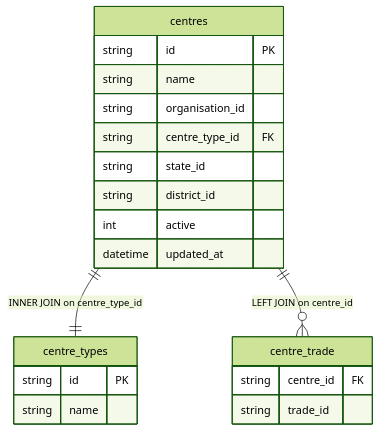
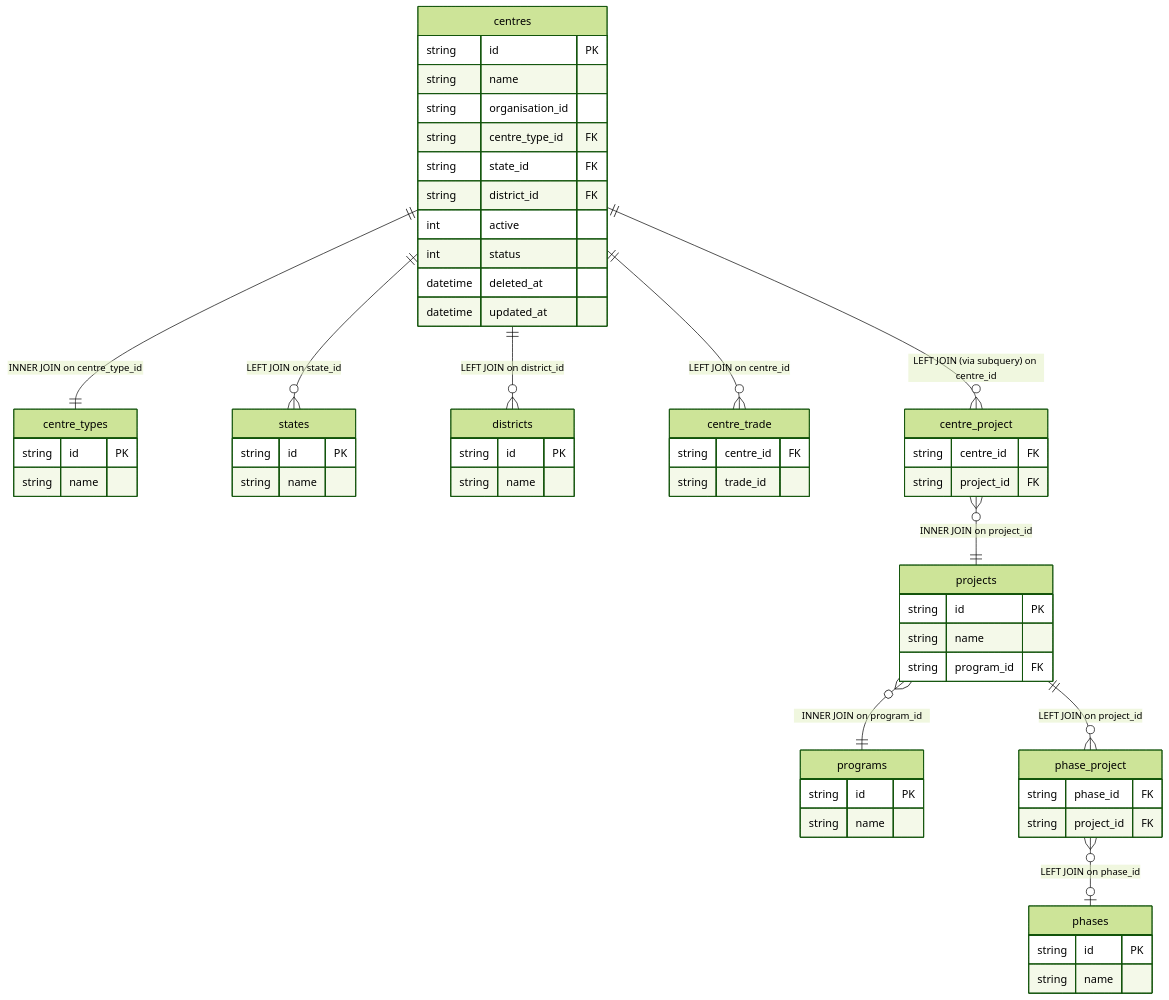
The diagram in docs/dim_centre.md (JosephKennady-Quest/myquest_data_model), drawn with Mermaid (forest theme) before and after one commit. The commit also changed other lines of this file and 9 other files, not shown here.

````diff
--- a/docs/dim_centre.md
+++ b/docs/dim_centre.md
@@ -40,23 +44,61 @@
 ```mermaid
 erDiagram
     centres {
         string id PK
         string name
         string organisation_id
         string centre_type_id FK
-        string state_id
-        string district_id
+        string state_id FK
+        string district_id FK
         int active
+        int status
+        datetime deleted_at
         datetime updated_at
     }
     centre_types {
+        string id PK
+        string name
+    }
+    states {
+        string id PK
+        string name
+    }
+    districts {
         string id PK
         string name
     }
     centre_trade {
         string centre_id FK
         string trade_id
     }
+    centre_project {
+        string centre_id FK
+        string project_id FK
+    }
+    projects {
+        string id PK
+        string name
+        string program_id FK
+    }
+    programs {
+        string id PK
+        string name
+    }
+    phase_project {
+        string phase_id FK
+        string project_id FK
+    }
+    phases {
+        string id PK
+        string name
+    }
     centres ||--|| centre_types : "INNER JOIN on centre_type_id"
+    centres ||--o{ states : "LEFT JOIN on state_id"
+    centres ||--o{ districts : "LEFT JOIN on district_id"
     centres ||--o{ centre_trade : "LEFT JOIN on centre_id"
+    centres ||--o{ centre_project : "LEFT JOIN (via subquery) on centre_id"
+    centre_project }o--|| projects : "INNER JOIN on project_id"
+    projects }o--|| programs : "INNER JOIN on program_id"
+    projects ||--o{ phase_project : "LEFT JOIN on project_id"
+    phase_project }o--o| phases : "LEFT JOIN on phase_id"
 ```
````
